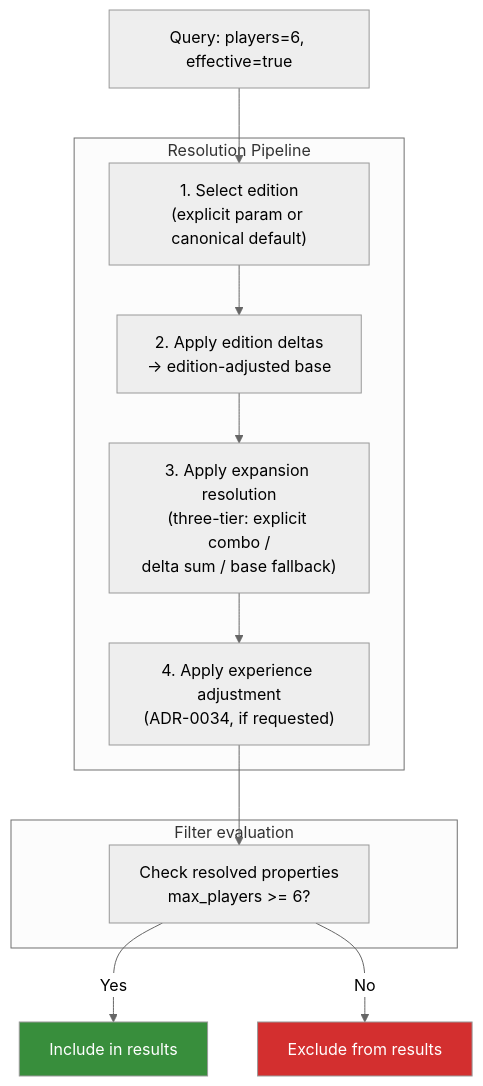
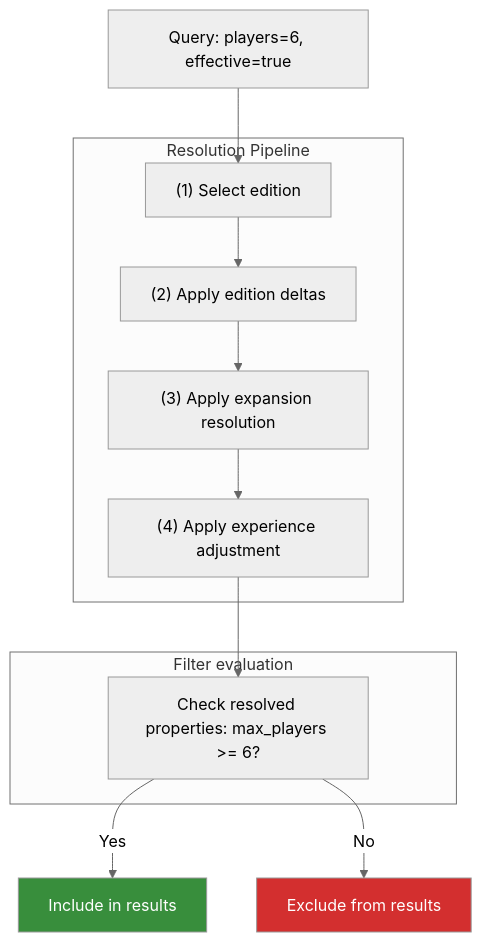
One commit to tabletop-commons/OpenTabletop changed the diagram in docs/src/pillars/filtering/effective-mode.md. Above: the diagram before and after it, drawn with Mermaid (neutral theme). The commit also changed other lines of this file and 68 other files, not shown here.

````diff
--- a/docs/src/pillars/filtering/effective-mode.md
+++ b/docs/src/pillars/filtering/effective-mode.md
@@ -24,26 +24,26 @@
 ```mermaid
 flowchart TD
     Q["Query: players=6, effective=true"]
 
     subgraph "Resolution Pipeline"
-        E["1. Select edition<br/>(explicit param or canonical default)"]
-        ED["2. Apply edition deltas<br/>→ edition-adjusted base"]
-        EX["3. Apply expansion resolution<br/>(three-tier: explicit combo /<br/>delta sum / base fallback)"]
-        XP["4. Apply experience adjustment<br/>(ADR-0034, if requested)"]
+        E["(1) Select edition"]
+        ED["(2) Apply edition deltas"]
+        EX["(3) Apply expansion resolution"]
+        XP["(4) Apply experience adjustment"]
     end
 
     subgraph "Filter evaluation"
-        BG["Check resolved properties<br/>max_players >= 6?"]
+        BG["Check resolved properties: max_players >= 6?"]
     end
 
     Q --> E
     E --> ED
     ED --> EX
     EX --> XP
     XP --> BG
     BG -->|Yes| INCLUDE["Include in results"]
     BG -->|No| EXCLUDE["Exclude from results"]
 
     style INCLUDE fill:#388e3c,color:#fff
     style EXCLUDE fill:#d32f2f,color:#fff
 ```
````
